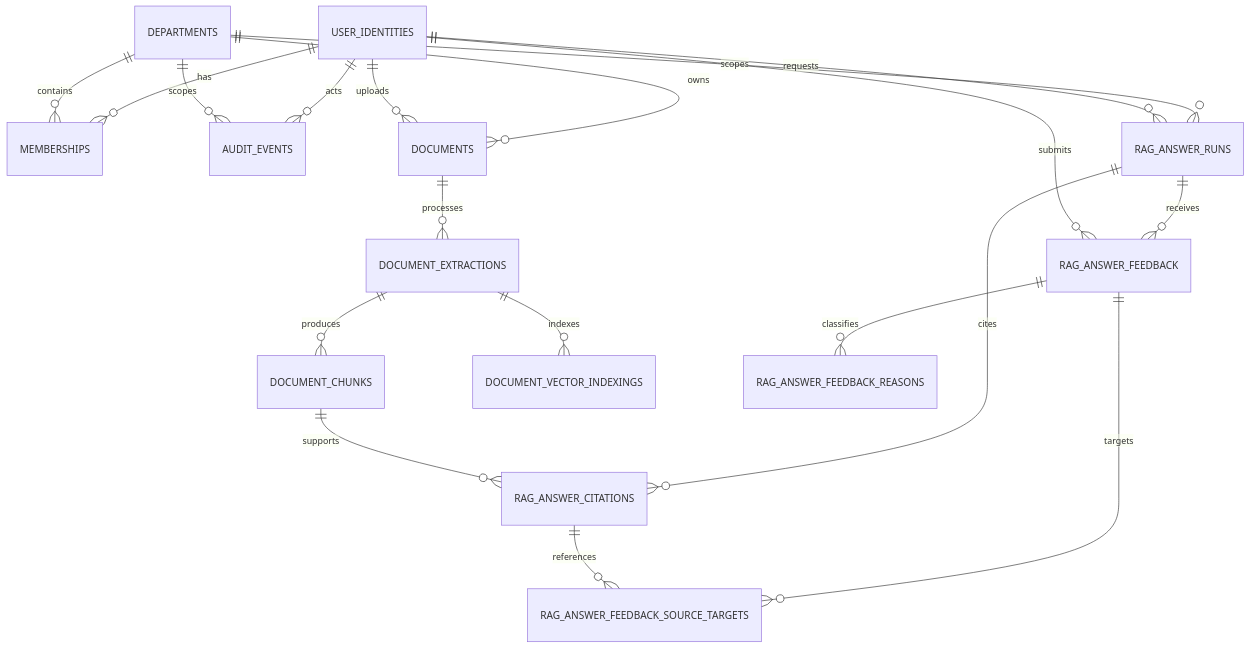
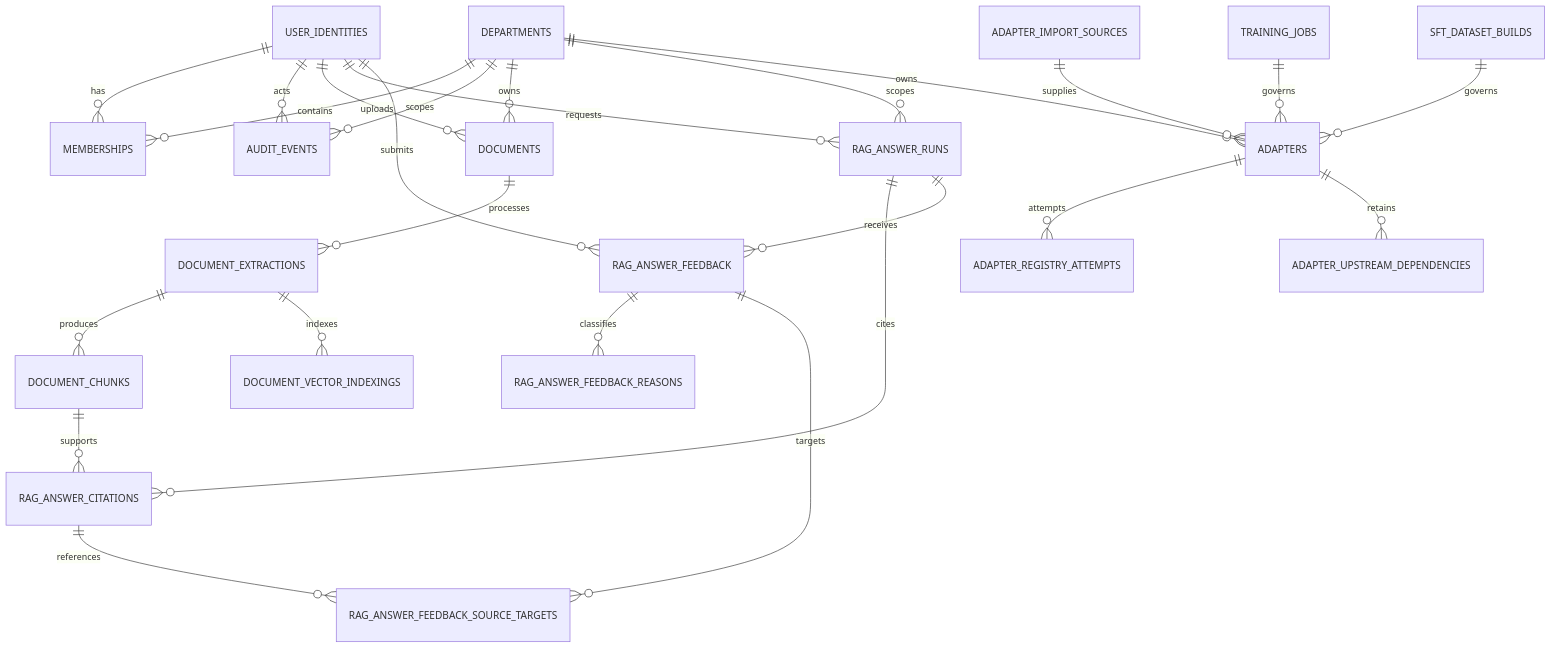
Before and after one commit to Easonsusu/DeptSLM: the diagram in docs/database-model.md, drawn with Mermaid. The commit also changed other lines of this file and 55 other files, not shown here.

First line of the commit message:
Phase 12.1C: Add immutable adapter registry publication (#16)

````diff
--- a/docs/database-model.md
+++ b/docs/database-model.md
@@ -7,21 +7,27 @@
 ```mermaid
 erDiagram
     USER_IDENTITIES ||--o{ MEMBERSHIPS : has
     DEPARTMENTS ||--o{ MEMBERSHIPS : contains
     USER_IDENTITIES ||--o{ AUDIT_EVENTS : acts
     DEPARTMENTS ||--o{ AUDIT_EVENTS : scopes
     DEPARTMENTS ||--o{ DOCUMENTS : owns
     USER_IDENTITIES ||--o{ DOCUMENTS : uploads
     DOCUMENTS ||--o{ DOCUMENT_EXTRACTIONS : processes
     DOCUMENT_EXTRACTIONS ||--o{ DOCUMENT_CHUNKS : produces
     DOCUMENT_EXTRACTIONS ||--o{ DOCUMENT_VECTOR_INDEXINGS : indexes
     DEPARTMENTS ||--o{ RAG_ANSWER_RUNS : scopes
     USER_IDENTITIES ||--o{ RAG_ANSWER_RUNS : requests
     RAG_ANSWER_RUNS ||--o{ RAG_ANSWER_CITATIONS : cites
     DOCUMENT_CHUNKS ||--o{ RAG_ANSWER_CITATIONS : supports
     RAG_ANSWER_RUNS ||--o{ RAG_ANSWER_FEEDBACK : receives
     USER_IDENTITIES ||--o{ RAG_ANSWER_FEEDBACK : submits
     RAG_ANSWER_FEEDBACK ||--o{ RAG_ANSWER_FEEDBACK_REASONS : classifies
     RAG_ANSWER_FEEDBACK ||--o{ RAG_ANSWER_FEEDBACK_SOURCE_TARGETS : targets
     RAG_ANSWER_CITATIONS ||--o{ RAG_ANSWER_FEEDBACK_SOURCE_TARGETS : references
+    DEPARTMENTS ||--o{ ADAPTERS : owns
+    ADAPTER_IMPORT_SOURCES ||--o{ ADAPTERS : supplies
+    TRAINING_JOBS ||--o{ ADAPTERS : governs
+    SFT_DATASET_BUILDS ||--o{ ADAPTERS : governs
+    ADAPTERS ||--o{ ADAPTER_REGISTRY_ATTEMPTS : attempts
+    ADAPTERS ||--o{ ADAPTER_UPSTREAM_DEPENDENCIES : retains
 ```
````
